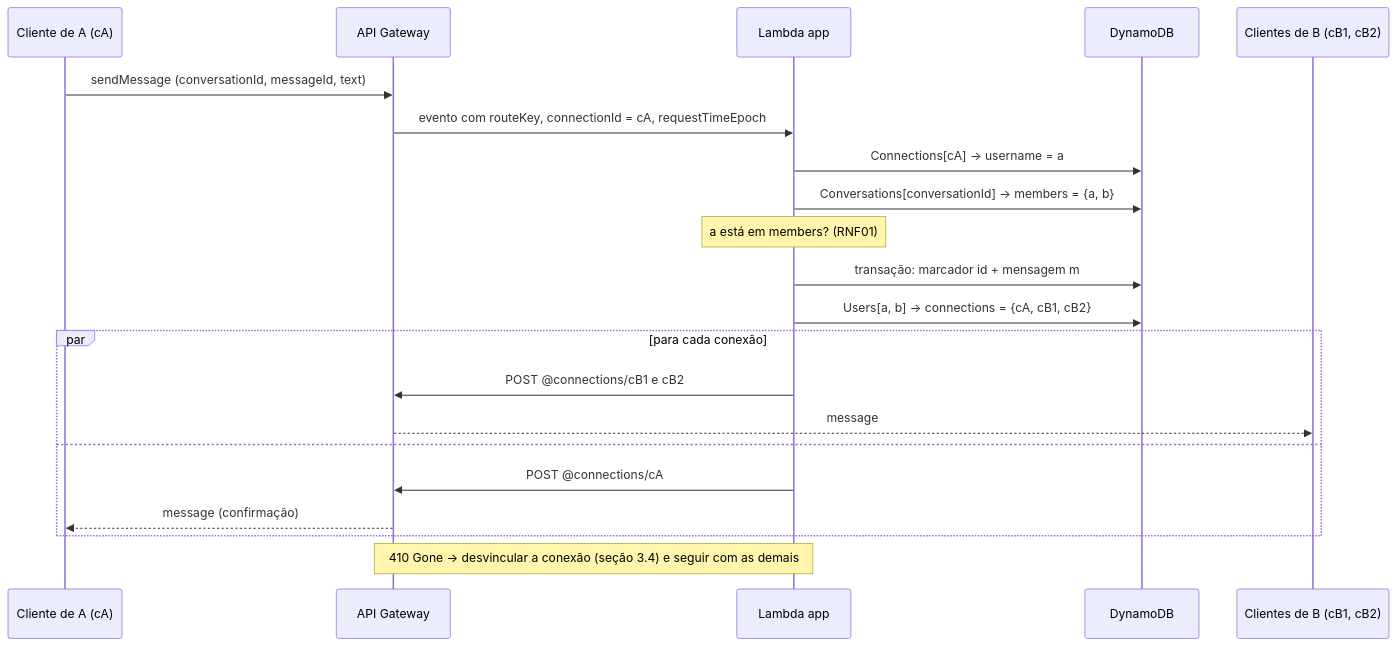
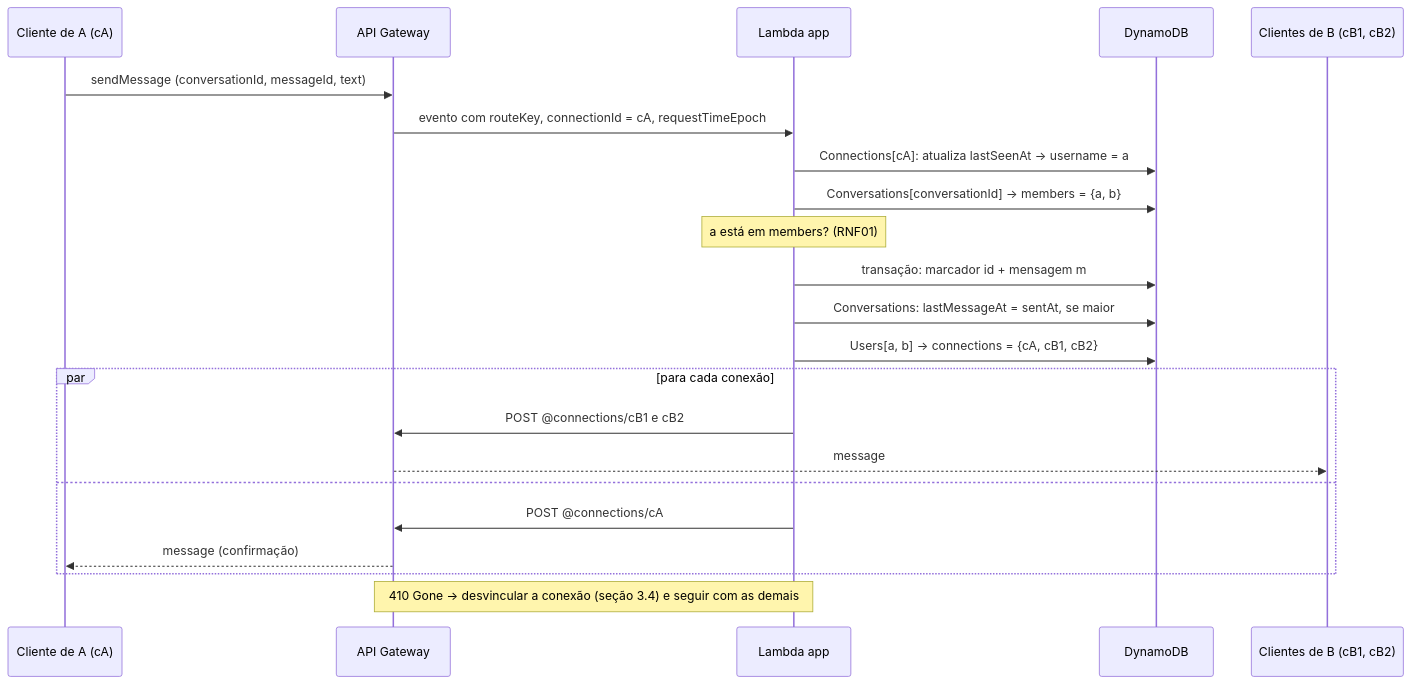
The second of 2 diagrams in docs/arquitetura.md (felipdsa21/hub-websocket-sd), drawn with Mermaid before and after one commit. The commit also changed other lines of this file, not shown here.

````diff
--- a/docs/arquitetura.md
+++ b/docs/arquitetura.md
@@ -241,24 +254,25 @@
 ```mermaid
 sequenceDiagram
     participant A as Cliente de A (cA)
     participant G as API Gateway
     participant L as Lambda app
     participant D as DynamoDB
     participant B as Clientes de B (cB1, cB2)
 
     A->>G: sendMessage (conversationId, messageId, text)
     G->>L: evento com routeKey, connectionId = cA, requestTimeEpoch
-    L->>D: Connections[cA] → username = a
+    L->>D: Connections[cA]: atualiza lastSeenAt → username = a
     L->>D: Conversations[conversationId] → members = {a, b}
     Note over L: a está em members? (RNF01)
     L->>D: transação: marcador id + mensagem m
+    L->>D: Conversations: lastMessageAt = sentAt, se maior
     L->>D: Users[a, b] → connections = {cA, cB1, cB2}
     par para cada conexão
         L->>G: POST @connections/cB1 e cB2
         G-->>B: message
     and
         L->>G: POST @connections/cA
         G-->>A: message (confirmação)
     end
     Note over L,G: 410 Gone → desvincular a conexão (seção 3.4) e seguir com as demais
 ```
````
